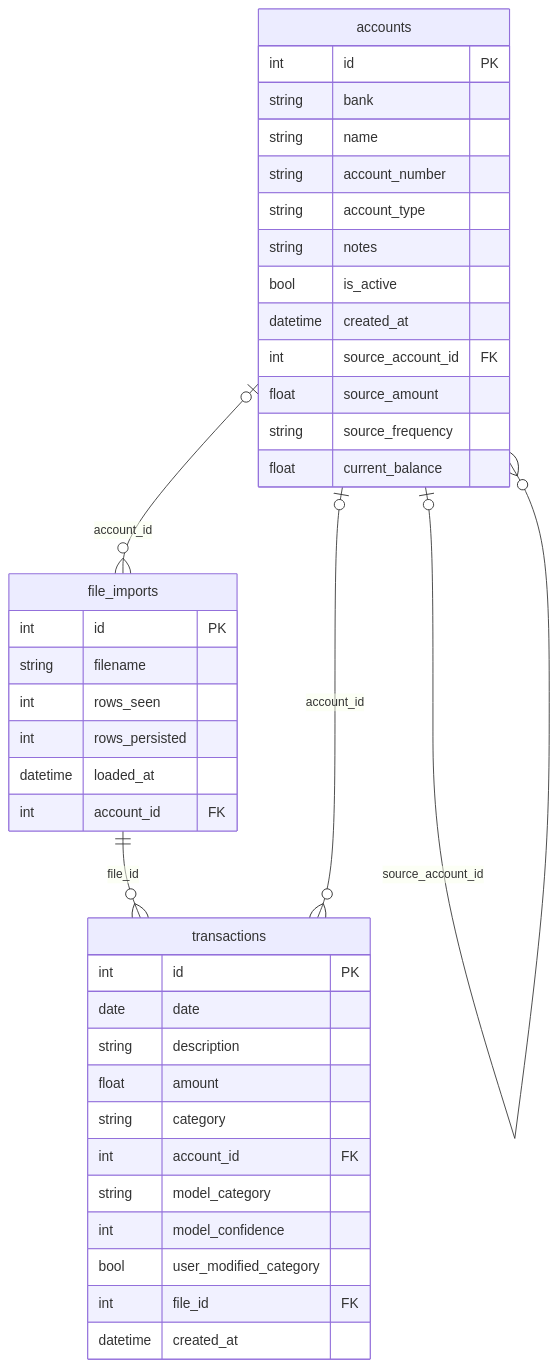
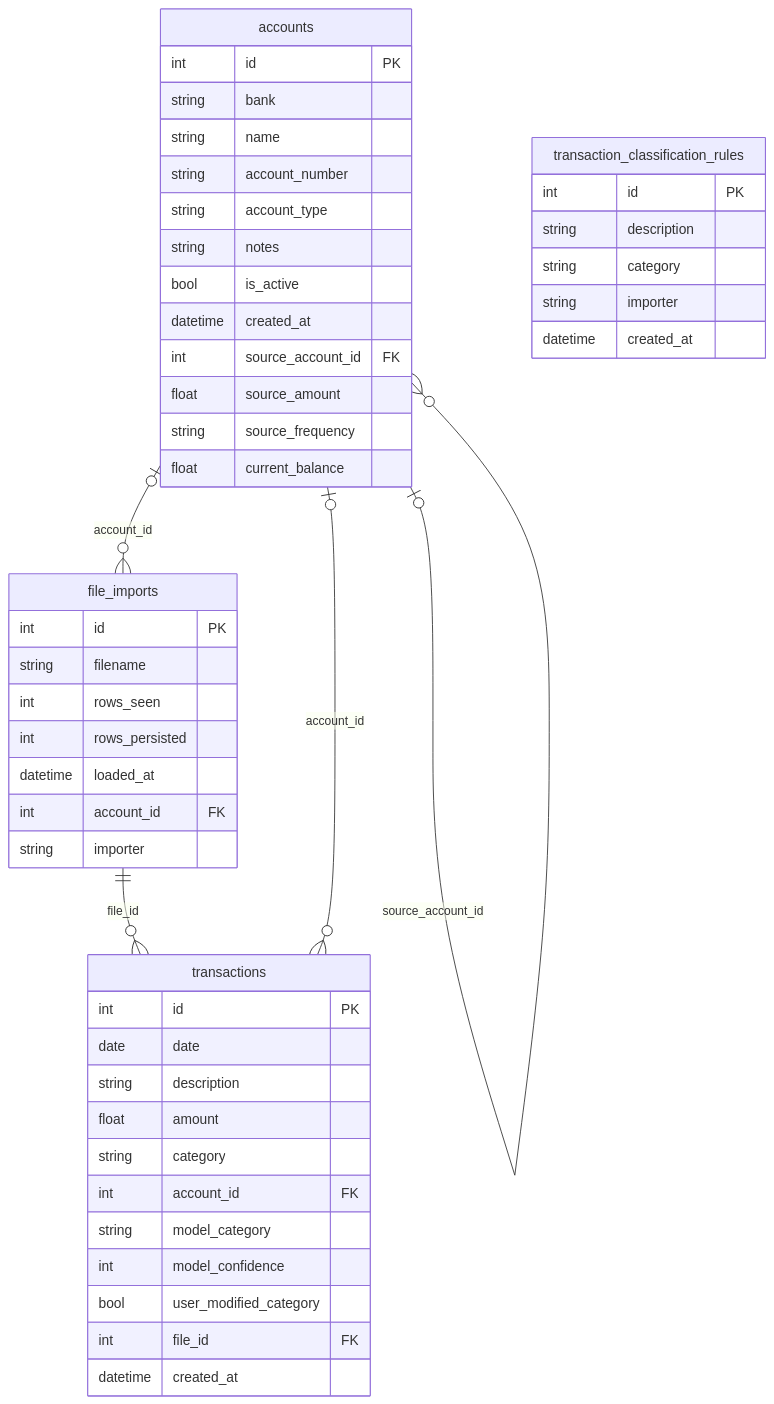
One commit to ag-sd/faresight changed the diagram in README.md. Above: the diagram before and after it, drawn with Mermaid. The commit also changed other lines of this file and 12 other files, not shown here.

````diff
--- a/README.md
+++ b/README.md
@@ -173,45 +197,54 @@
 ```mermaid
 erDiagram
     file_imports {
         int      id           PK
         string   filename
         int      rows_seen
         int      rows_persisted
         datetime loaded_at
         int      account_id   FK
+        string   importer
     }
 
     accounts {
         int      id                 PK
         string   bank
         string   name
         string   account_number
         string   account_type
         string   notes
         bool     is_active
         datetime created_at
         int      source_account_id FK
         float    source_amount
         string   source_frequency
         float    current_balance
     }
 
     transactions {
         int      id                    PK
         date     date
         string   description
         float    amount
         string   category
         int      account_id            FK
         string   model_category
         int      model_confidence
         bool     user_modified_category
         int      file_id               FK
         datetime created_at
     }
 
+    transaction_classification_rules {
+        int      id          PK
+        string   description
+        string   category
+        string   importer
+        datetime created_at
+    }
+
     file_imports  ||--o{ transactions : "file_id"
     accounts      |o--o{ transactions : "account_id"
     accounts      |o--o{ accounts     : "source_account_id"
     accounts      |o--o{ file_imports : "account_id"
 ```
````
